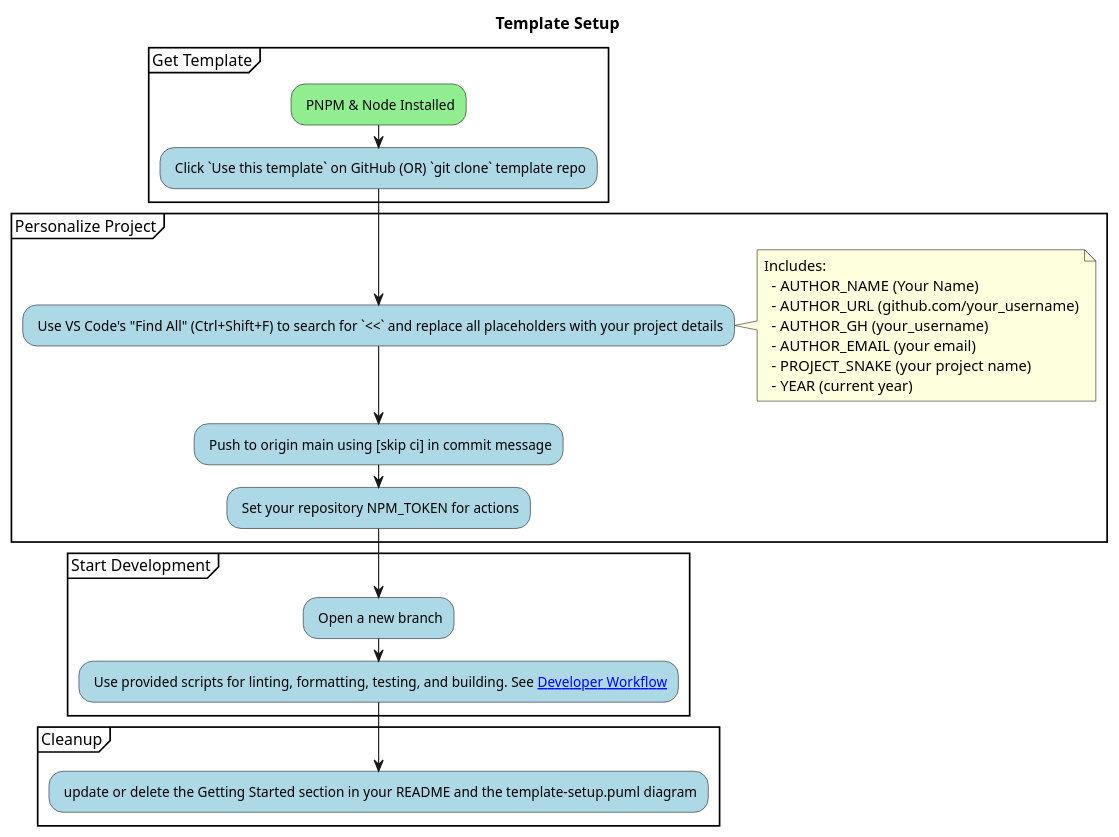
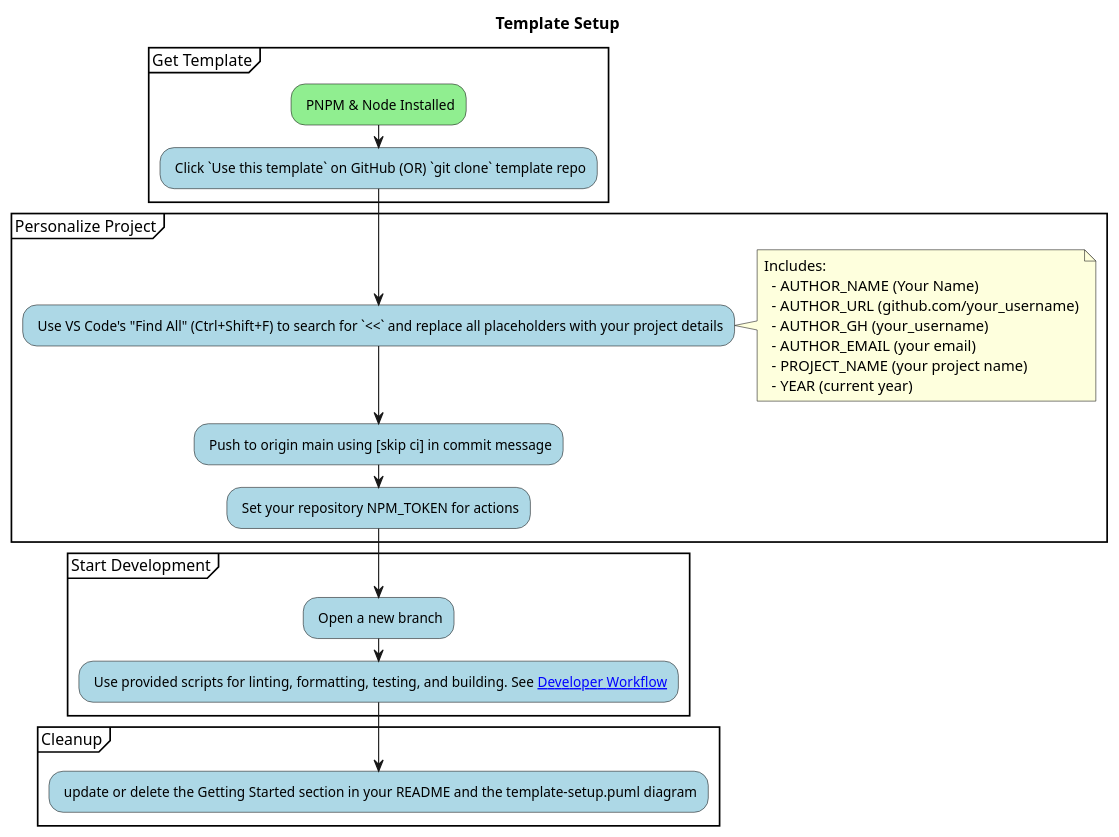
The diagram in docs/template-setup.puml (Gajdascz/ts-project-template), drawn with PlantUML before and after one commit. The commit also changed 3 other files, not shown here.

First line of the commit message:
chore: change project_snake to project_name

```diff
--- a/docs/template-setup.puml
+++ b/docs/template-setup.puml
@@ -1,35 +1,35 @@
 @startuml Workflow
 
 title Template Setup
 
 group Get Template
 #lightgreen: PNPM & Node Installed;
 #lightblue: Click `Use this template` on GitHub (OR) `git clone` template repo;
 end group
 
 group Personalize Project
 #lightblue: Use VS Code's "Find All" (Ctrl+Shift+F) to search for `<<` and replace all placeholders with your project details;
 note right
 Includes:
   - AUTHOR_NAME (Your Name)
   - AUTHOR_URL (github.com/your_username)
   - AUTHOR_GH (your_username)
   - AUTHOR_EMAIL (your email)
-  - PROJECT_SNAKE (your project name)
+  - PROJECT_NAME (your project name)
   - YEAR (current year)
 end note
 
 #lightblue: Push to origin main using [skip ci] in commit message;
 #lightblue: Set your repository NPM_TOKEN for actions;
 end group
 
 group Start Development
 #lightblue: Open a new branch;
 #lightblue: Use provided scripts for linting, formatting, testing, and building. See [[developer-workflow.puml Developer Workflow]];
 end group
 
 group Cleanup
 #lightblue: update or delete the Getting Started section in your README and the template-setup.puml diagram;
 end group
 
 @enduml
```
